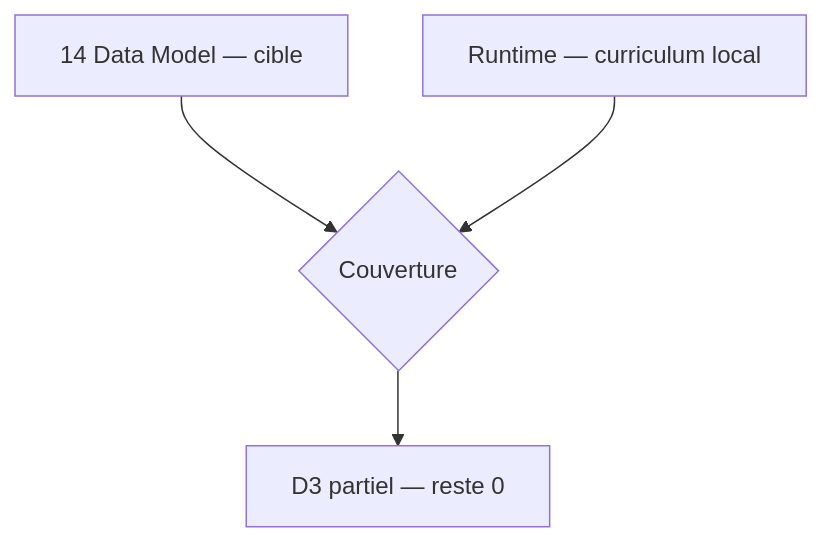
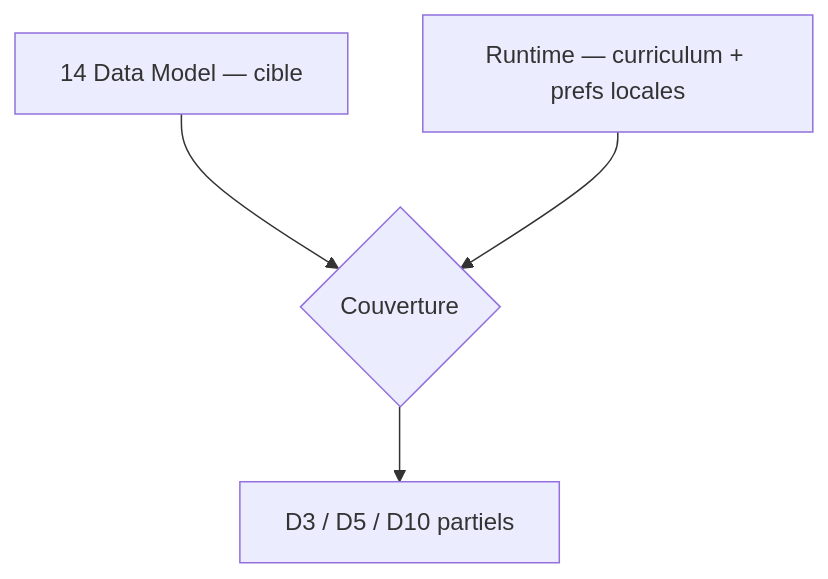
One commit to JavaChrist/Tai-Chi-AI-Coach changed the fourth of 5 diagrams in docs/runtime/03_DATA_STATUS.md. Above: the diagram before and after it, drawn with Mermaid. The commit also changed other lines of this file and 37 other files, not shown here.

````diff
--- a/docs/runtime/03_DATA_STATUS.md
+++ b/docs/runtime/03_DATA_STATUS.md
@@ -127,8 +130,8 @@
 ```mermaid
 flowchart TB
   Target[14 Data Model — cible]
-  Real[Runtime — curriculum local]
+  Real[Runtime — curriculum + prefs locales]
   Target --> Gap{Couverture}
   Real --> Gap
-  Gap --> Partial[D3 partiel — reste 0]
+  Gap --> Partial[D3 / D5 / D10 partiels]
 ```
````
